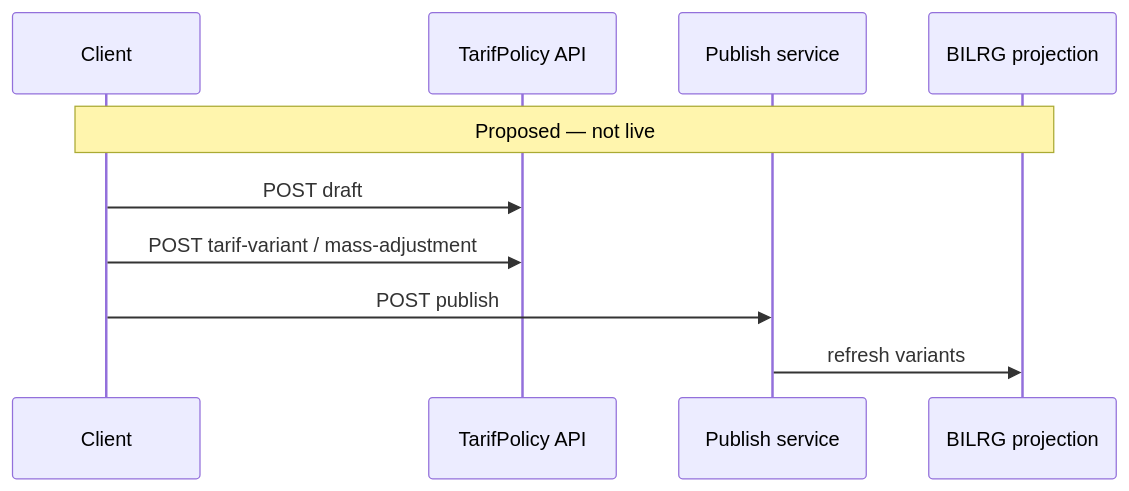
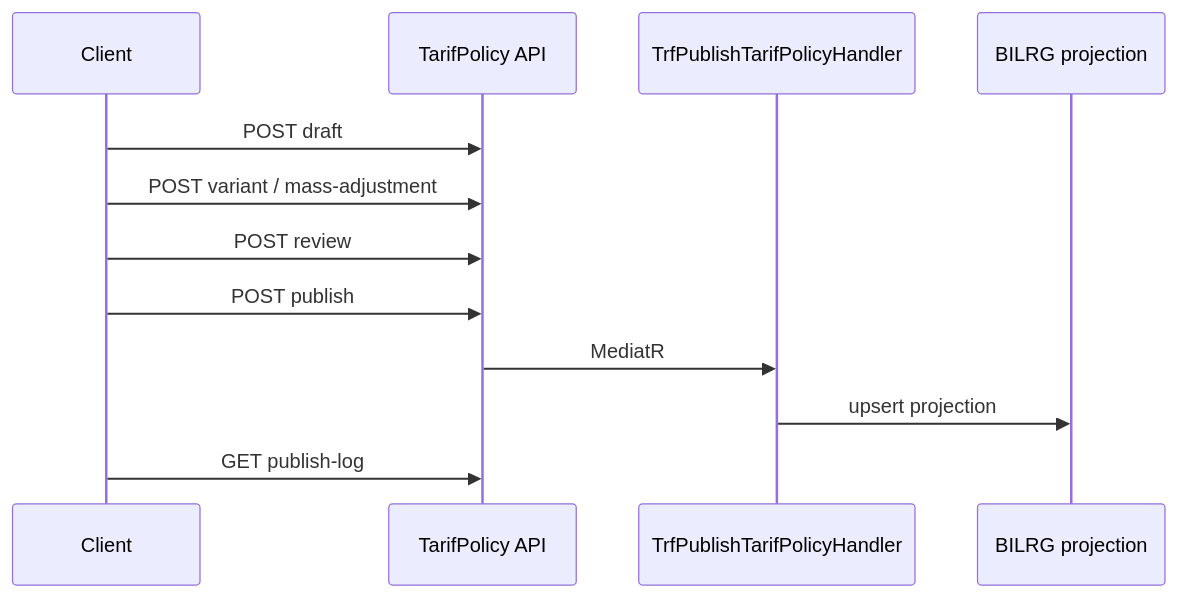
Before and after one commit to smart-ics/b09-bilreg-api: the diagram in docs/contexts/tarif/tarif-04-api-contract.md, drawn with Mermaid. The commit also changed other lines of this file and 21 other files, not shown here.

First line of the commit message:
🏗️ feat(tarif): Phase 4 — API admin TarifPolicy dan alur kerja operasional

````diff
--- a/docs/contexts/tarif/tarif-04-api-contract.md
+++ b/docs/contexts/tarif/tarif-04-api-contract.md
@@ -207,13 +226,15 @@
 ```mermaid
 sequenceDiagram
     participant Client
     participant Policy as TarifPolicy API
-    participant Publish as Publish service
+    participant Publish as TrfPublishTarifPolicyHandler
     participant BILRG as BILRG projection
 
-    Note over Client,BILRG: Proposed — not live
     Client->>Policy: POST draft
-    Client->>Policy: POST tarif-variant / mass-adjustment
-    Client->>Publish: POST publish
-    Publish->>BILRG: refresh variants
+    Client->>Policy: POST variant / mass-adjustment
+    Client->>Policy: POST review
+    Client->>Policy: POST publish
+    Policy->>Publish: MediatR
+    Publish->>BILRG: upsert projection
+    Client->>Policy: GET publish-log
 ```
````
